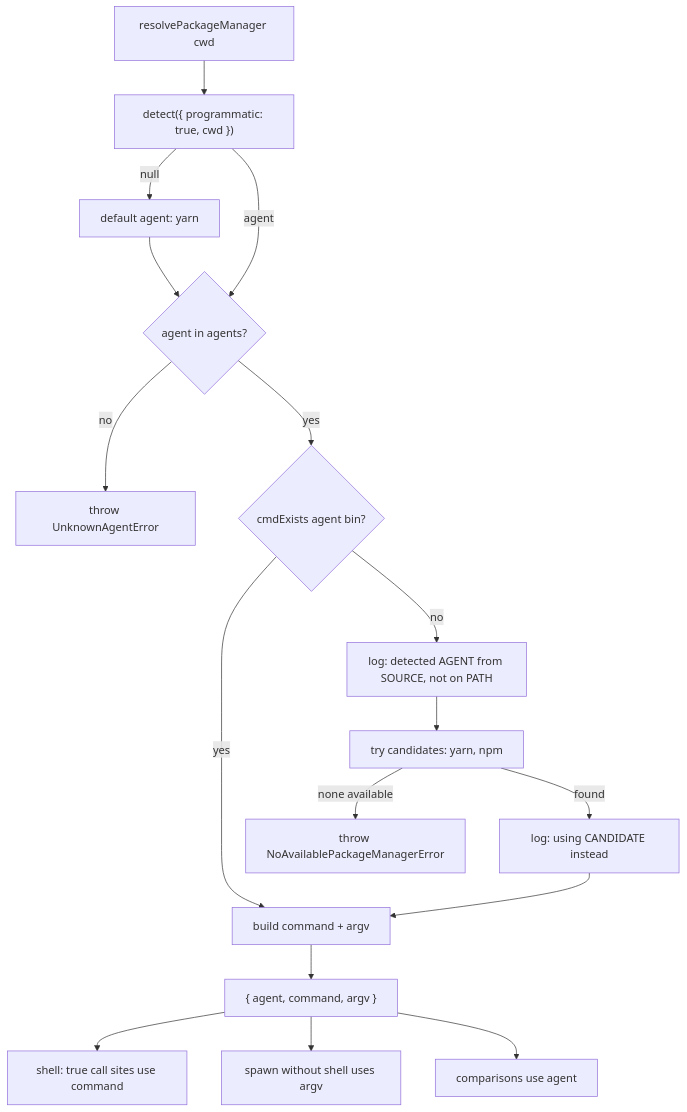
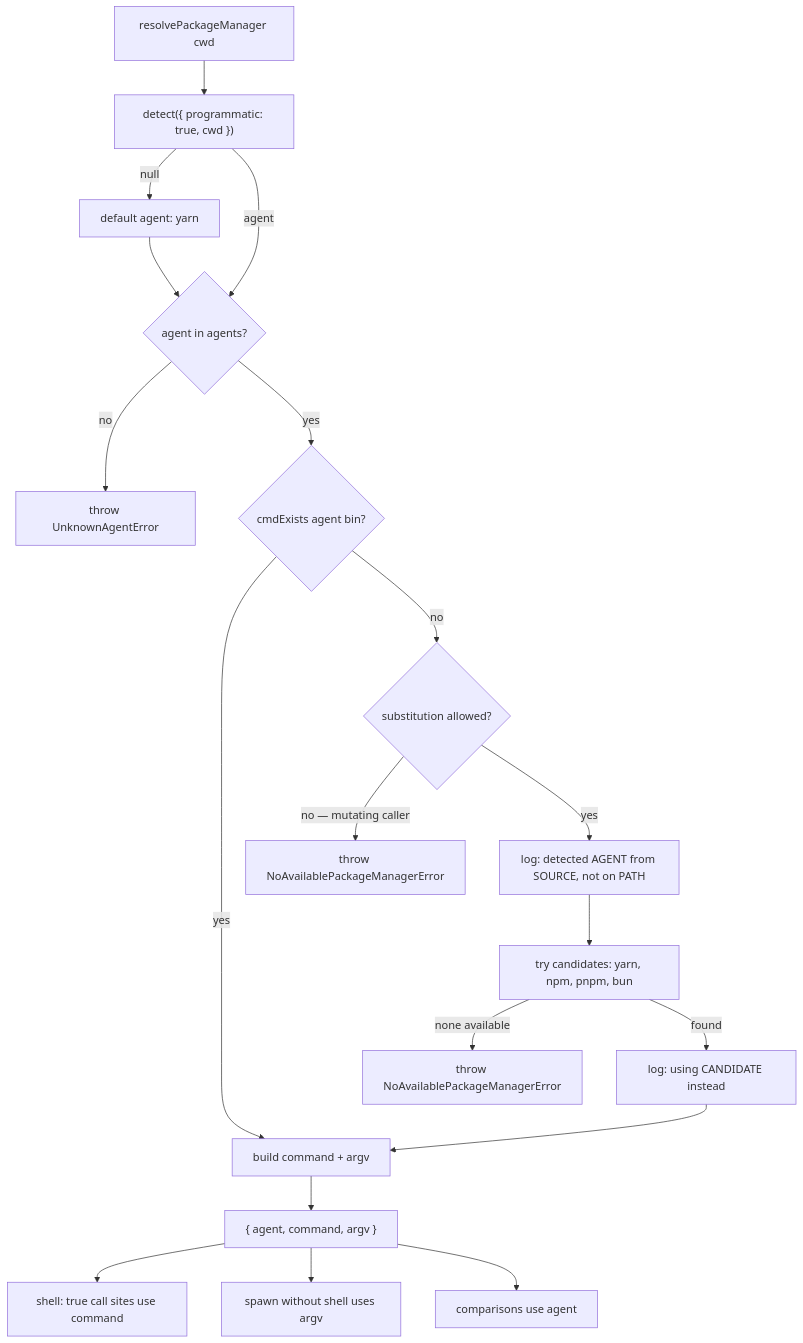
The diagram in specs/package-manager-resolution.md (tomas0502/faststore), drawn with Mermaid before and after one commit. The commit also changed other lines of this file and 5 other files, not shown here.

First line of the commit message:
fix: refuse package manager substitution when installing dependencies

````diff
--- a/specs/package-manager-resolution.md
+++ b/specs/package-manager-resolution.md
@@ -147,19 +147,21 @@
 ```mermaid
 flowchart TD
     A[resolvePackageManager cwd] --> B["detect({ programmatic: true, cwd })"]
     B -->|null| C[default agent: yarn]
     B -->|agent| D{agent in agents?}
     C --> D
     D -->|no| E[throw UnknownAgentError]
     D -->|yes| F{cmdExists agent bin?}
     F -->|yes| G[build command + argv]
-    F -->|no| H["log: detected AGENT from SOURCE, not on PATH"]
-    H --> I[try candidates: yarn, npm]
+    F -->|no| P{substitution allowed?}
+    P -->|"no — mutating caller"| Q[throw NoAvailablePackageManagerError]
+    P -->|yes| H["log: detected AGENT from SOURCE, not on PATH"]
+    H --> I[try candidates: yarn, npm, pnpm, bun]
     I -->|none available| J[throw NoAvailablePackageManagerError]
     I -->|found| K["log: using CANDIDATE instead"]
     K --> G
     G --> L["{ agent, command, argv }"]
     L --> M["shell: true call sites use command"]
     L --> N["spawn without shell uses argv"]
     L --> O["comparisons use agent"]
 ```
````
